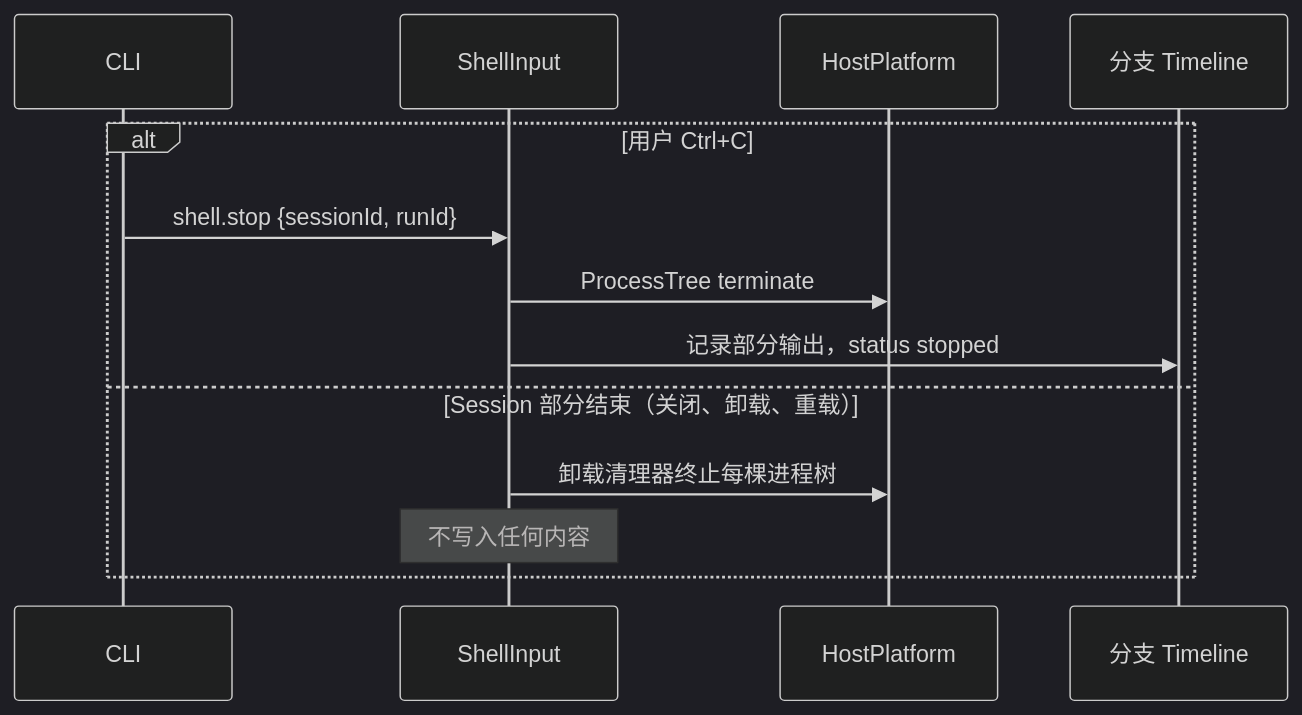
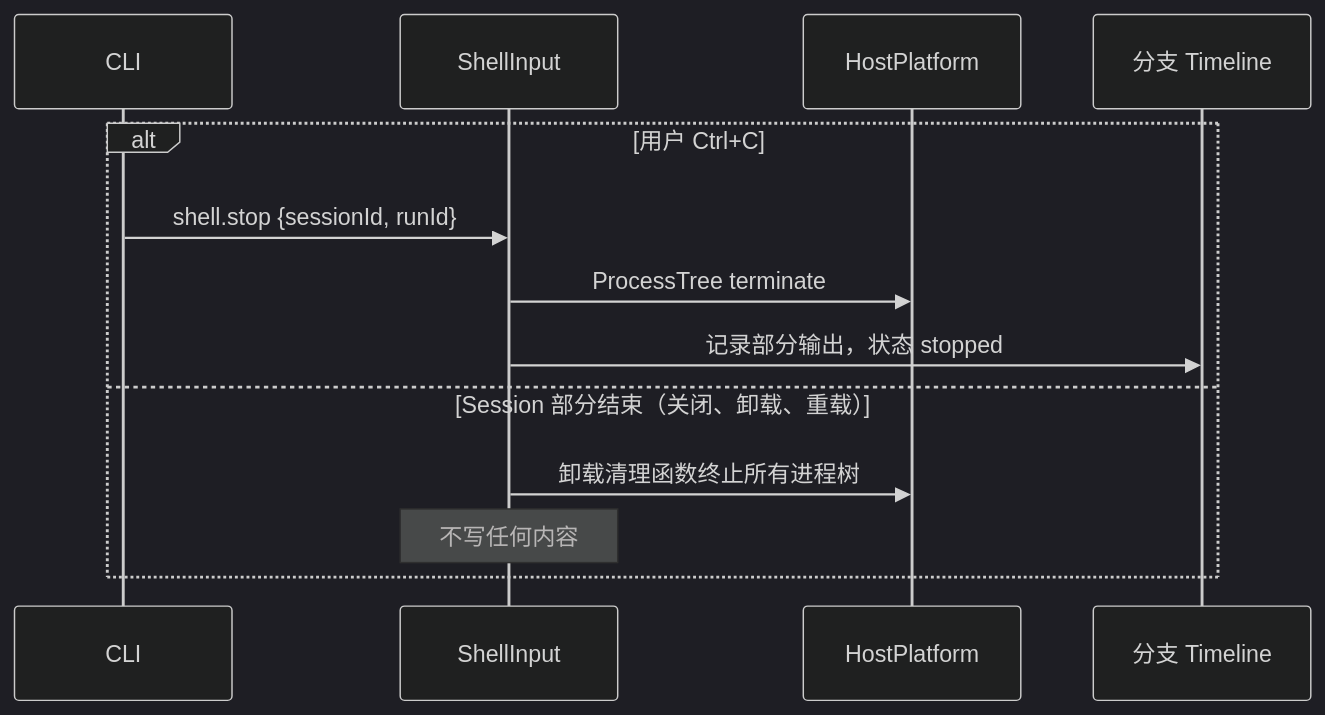
One commit to CoutinhoTTS/dim-agent changed the fourth of 5 diagrams in docs/zh/design/plugins/ShellInput.md. Above: the diagram before and after it, drawn with Mermaid (dark theme). The commit also changed other lines of this file and 18 other files, not shown here.

````diff
--- a/docs/zh/design/plugins/ShellInput.md
+++ b/docs/zh/design/plugins/ShellInput.md
@@ -89,15 +89,15 @@
 ```mermaid
 sequenceDiagram
   participant C as CLI
   participant SI as ShellInput
   participant HP as HostPlatform
   participant TL as 分支 Timeline
   alt 用户 Ctrl+C
     C->>SI: shell.stop {sessionId, runId}
     SI->>HP: ProcessTree terminate
-    SI->>TL: 记录部分输出，status stopped
+    SI->>TL: 记录部分输出，状态 stopped
   else Session 部分结束（关闭、卸载、重载）
-    SI->>HP: 卸载清理器终止每棵进程树
-    Note over SI: 不写入任何内容
+    SI->>HP: 卸载清理函数终止所有进程树
+    Note over SI: 不写任何内容
   end
 ```
````
